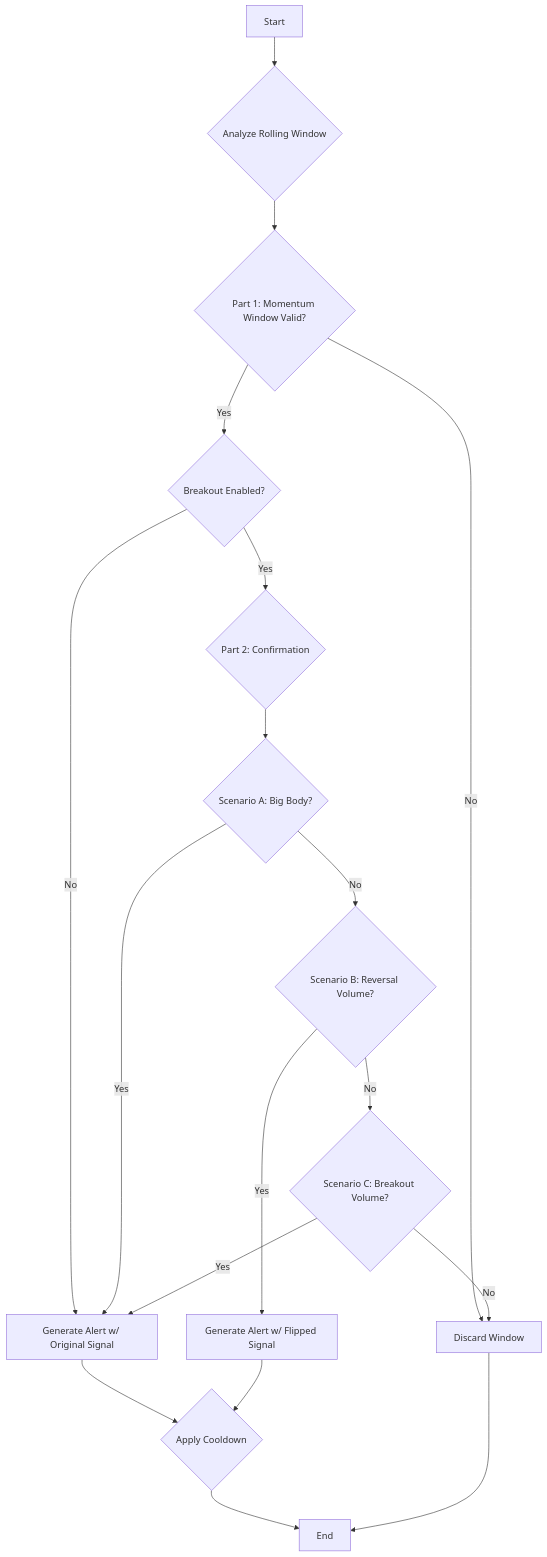
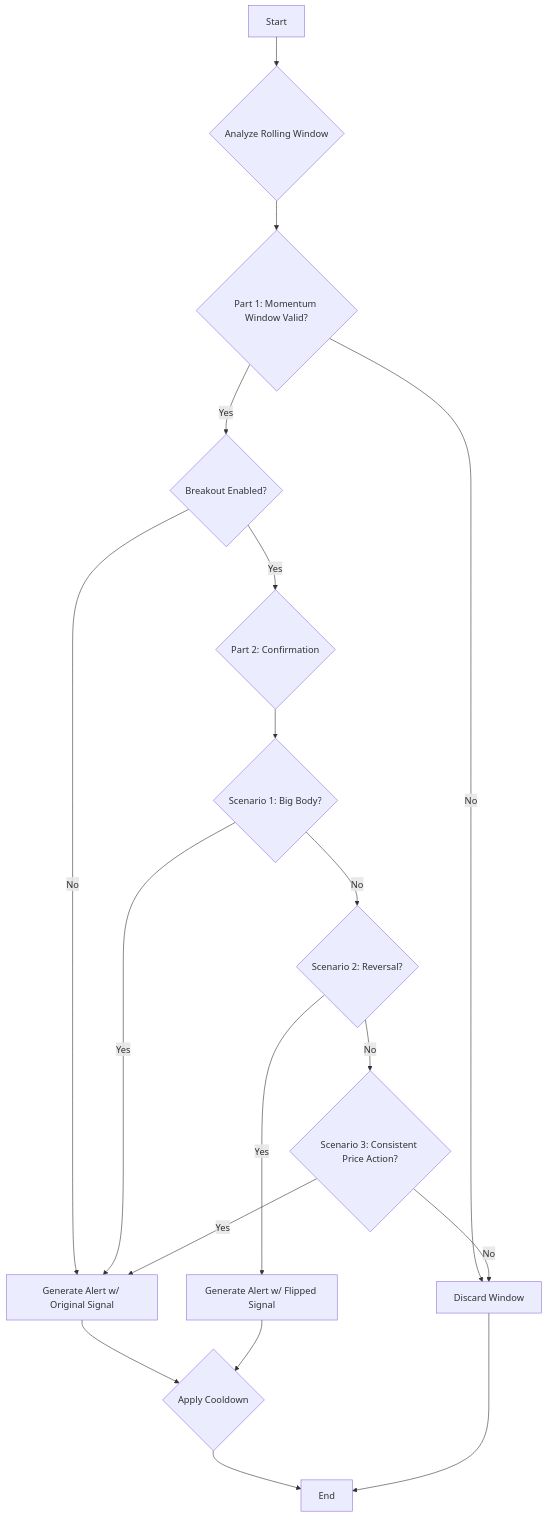
The diagram in docs/algorithms/CONSISTENT_MOMENTUM.md (haud-tech-org/stock_trading), drawn with Mermaid before and after one commit. The commit also changed other lines of this file and 2 other files, not shown here.

Commit message:
- Update logical condition for the reversal confirmation of the Consistent momentum approach

````diff
--- a/docs/algorithms/CONSISTENT_MOMENTUM.md
+++ b/docs/algorithms/CONSISTENT_MOMENTUM.md
@@ -112,20 +115,20 @@
 ```mermaid
 graph TD
     A[Start] --> B{Analyze Rolling Window};
     B --> C{Part 1: Momentum Window Valid?};
     C -- No --> X[Discard Window];
     C -- Yes --> F{Breakout Enabled?};
     F -- No --> G[Generate Alert w/ Original Signal];
     F -- Yes --> H{Part 2: Confirmation};
-    H --> I{Scenario A: Big Body?};
+    H --> I{Scenario 1: Big Body?};
     I -- Yes --> G;
-    I -- No --> J{Scenario B: Reversal Volume?};
+    I -- No --> J{Scenario 2: Reversal?};
     J -- Yes --> K[Generate Alert w/ Flipped Signal];
-    J -- No --> L{Scenario C: Breakout Volume?};
+    J -- No --> L{Scenario 3: Consistent Price Action?};
     L -- Yes --> G;
     L -- No --> X;
     G --> M{Apply Cooldown};
     K --> M;
     M --> Z[End];
     X --> Z;
 ```
````
